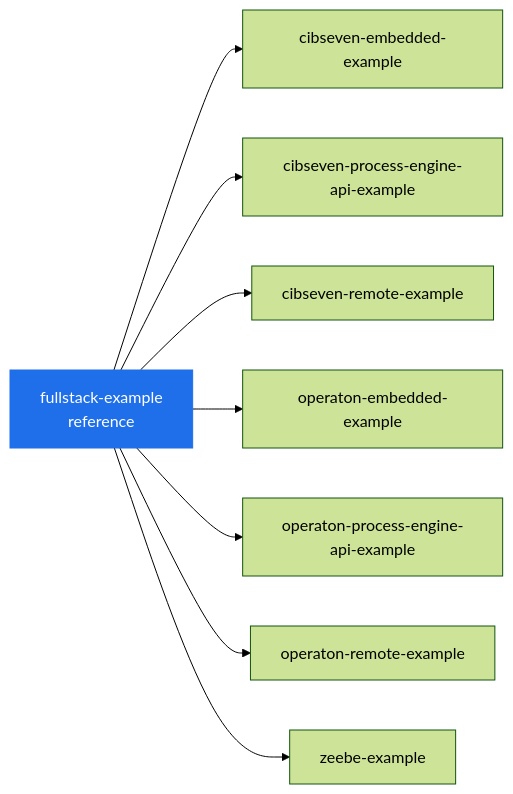
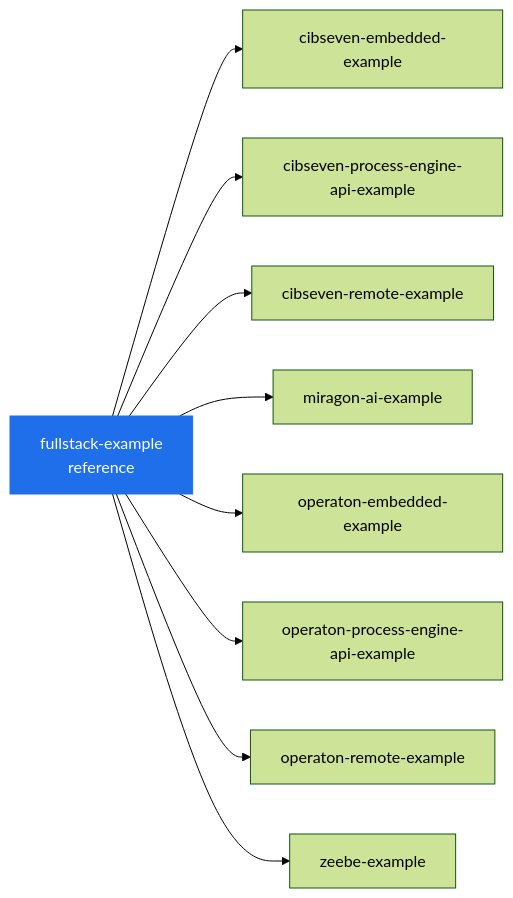
Before and after one commit to miragon-blueprints/.github: the diagram in docs/blueprints.md, drawn with Mermaid (forest theme). The commit also changed other lines of this file, not shown here.

Commit message:
docs: sync blueprint landscape

````diff
--- a/docs/blueprints.md
+++ b/docs/blueprints.md
@@ -36,12 +36,13 @@
 ```mermaid
 graph LR
   fullstack_example["fullstack-example<br/>reference"]:::ref
   fullstack_example --> cibseven_embedded_example["cibseven-embedded-example"]
   fullstack_example --> cibseven_process_engine_api_example["cibseven-process-engine-api-example"]
   fullstack_example --> cibseven_remote_example["cibseven-remote-example"]
+  fullstack_example --> miragon_ai_example["miragon-ai-example"]
   fullstack_example --> operaton_embedded_example["operaton-embedded-example"]
   fullstack_example --> operaton_process_engine_api_example["operaton-process-engine-api-example"]
   fullstack_example --> operaton_remote_example["operaton-remote-example"]
   fullstack_example --> zeebe_example["zeebe-example"]
   classDef ref fill:#1f6feb,stroke:#1f6feb,color:#fff
 ```
````
